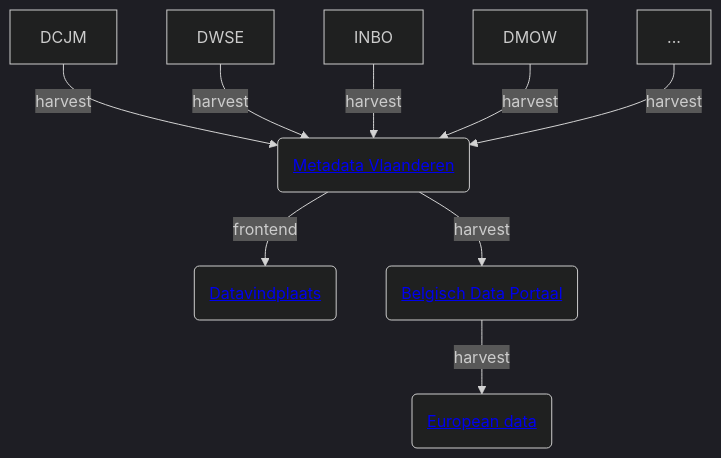
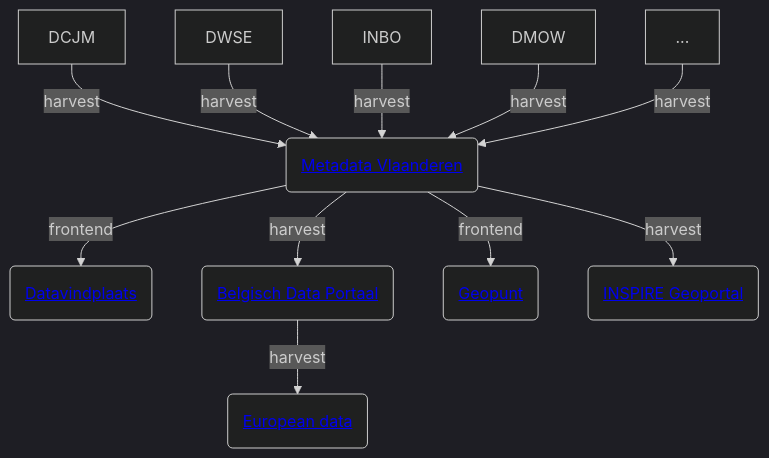
One commit to Informatievlaanderen/metadata-docs changed the diagram in docs/overzicht/landschap.md. Above: the diagram before and after it, drawn with Mermaid (dark theme). The commit also changed other lines of this file and 1 other file, not shown here.

Commit message:
extra detail landscape, image test

````diff
--- a/docs/overzicht/landschap.md
+++ b/docs/overzicht/landschap.md
@@ -9,11 +11,13 @@
 ```mermaid
 flowchart TD
     P1[DCJM] -->|harvest| MDV(<a href='https://metadata.vlaanderen.be'>Metadata Vlaanderen</a>)
     P2[DWSE] -->|harvest| MDV
     P3[INBO] -->|harvest| MDV
     P4[DMOW] -->|harvest| MDV
     P5[...] -->|harvest| MDV
     MDV --> |frontend| DVP(<a href='https://www.vlaanderen.be/datavindplaats'>Datavindplaats</a>)
     MDV --> |harvest| datagovbe(<a href='https://data.gov.be'>Belgisch Data Portaal</a>)
     datagovbe --> |harvest| dataeuropa(<a href='https://data.europa.eu'>European data</a>)
+    MDV --> |frontend| geopunt(<a href='https://www.geopunt.be/'>Geopunt</a>)
+    MDV --> |harvest| inspire(<a href='https://inspire-geoportal.ec.europa.eu'>INSPIRE Geoportal</a>)
 ```
````
